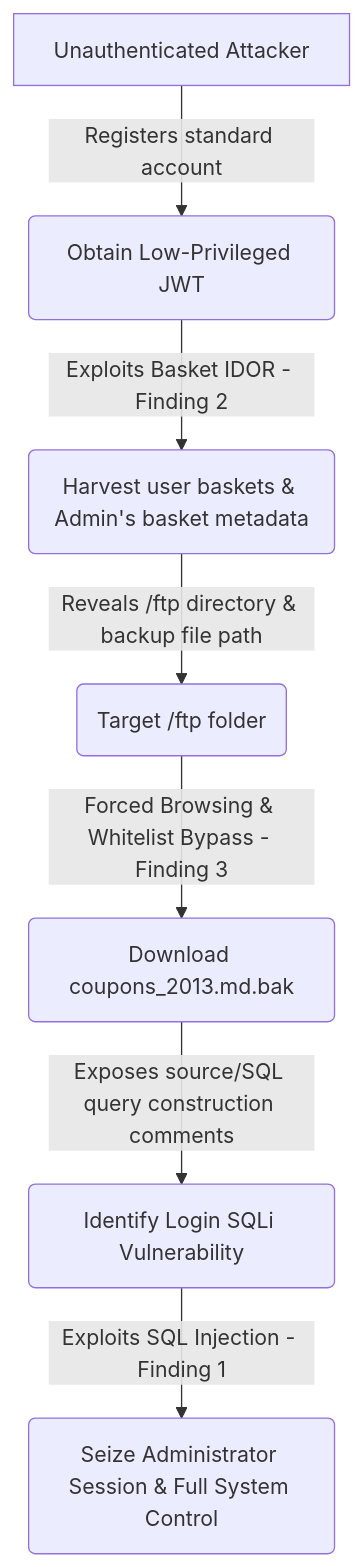
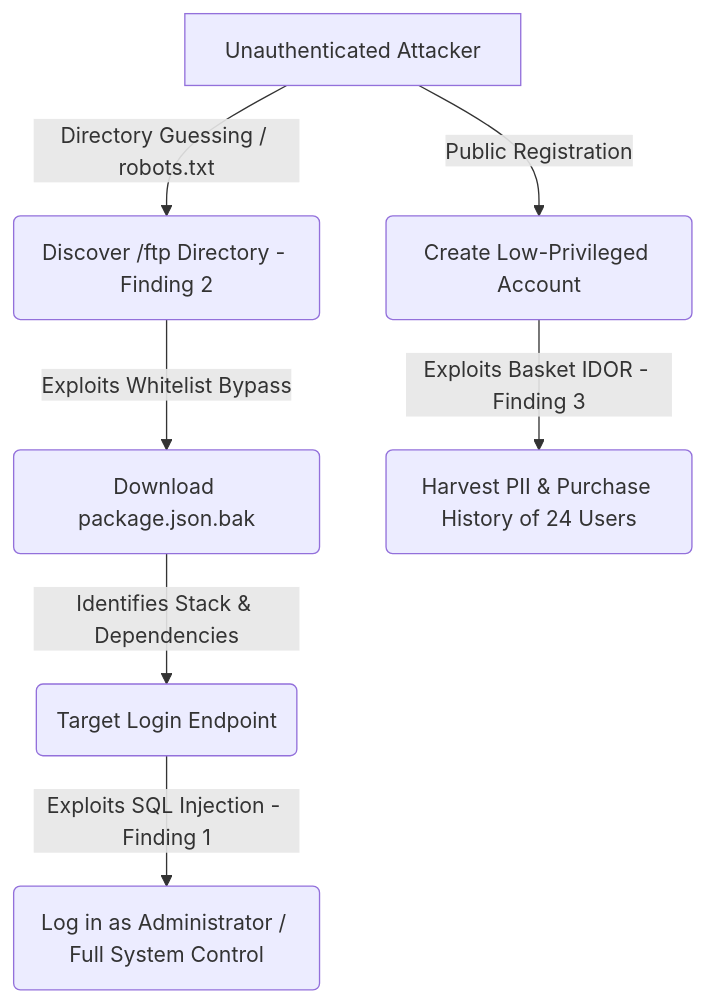
The diagram in README.md (VictorOduorKe/OWASP-top-10-juiceshop), drawn with Mermaid before and after one commit. The commit also changed other lines of this file and 1 other file, not shown here.

Commit message:
update attack chain to show realistic recon path, package.json leak, methodology section and risk matrix

````diff
--- a/README.md
+++ b/README.md
@@ -21,9 +47,9 @@
 ```mermaid
 graph TD
-    A[Unauthenticated Attacker] -->|Registers standard account| B(Obtain Low-Privileged JWT)
-    B -->|Exploits Basket IDOR - Finding 2| C(Harvest user baskets & Admin's basket metadata)
-    C -->|Reveals /ftp directory & backup file path| D(Target /ftp folder)
-    D -->|Forced Browsing & Whitelist Bypass - Finding 3| E(Download coupons_2013.md.bak)
-    E -->|Exposes source/SQL query construction comments| F(Identify Login SQLi Vulnerability)
-    F -->|Exploits SQL Injection - Finding 1| G(Seize Administrator Session & Full System Control)
+    A[Unauthenticated Attacker] -->|Directory Guessing / robots.txt| B(Discover /ftp Directory - Finding 2)
+    B -->|Exploits Whitelist Bypass| C(Download package.json.bak)
+    C -->|Identifies Stack & Dependencies| D(Target Login Endpoint)
+    D -->|Exploits SQL Injection - Finding 1| E(Log in as Administrator / Full System Control)
+    A -->|Public Registration| F(Create Low-Privileged Account)
+    F -->|Exploits Basket IDOR - Finding 3| G(Harvest PII & Purchase History of 24 Users)
 ```
````
